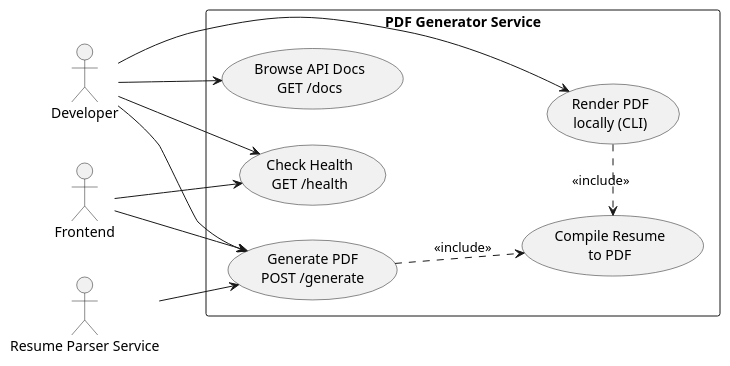
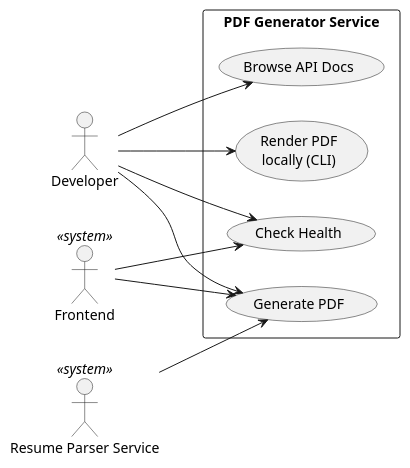
Before and after one commit to GetJobAI/pdf-generator: the diagram in docs/diagrams/usecase.puml, drawn with PlantUML. The commit also changed 9 other files, not shown here.

Commit message:
improve diagrams

```diff
--- a/docs/diagrams/usecase.puml
+++ b/docs/diagrams/usecase.puml
@@ -1,30 +1,26 @@
 @startuml usecase
 left to right direction
 skinparam actorStyle stick
 skinparam packageStyle rectangle
 skinparam shadowing false
 actor "Developer" as Dev
-actor "Frontend" as Frontend
-actor "Resume Parser Service" as Parser
+actor "Frontend" <<system>> as Frontend
+actor "Resume Parser Service" <<system>> as Parser
 
 rectangle "PDF Generator Service" {
-    usecase "Generate PDF\nPOST /generate" as UC_Generate
-    usecase "Check Health\nGET /health" as UC_Health
-    usecase "Browse API Docs\nGET /docs" as UC_Docs
+    usecase "Generate PDF" as UC_Generate
+    usecase "Check Health" as UC_Health
+    usecase "Browse API Docs" as UC_Docs
     usecase "Render PDF\nlocally (CLI)" as UC_CLI
-    usecase "Compile Resume\nto PDF" as UC_Compile
 }
 
+Dev -> UC_Docs
+Dev -> UC_CLI
 Dev --> UC_Generate
 Dev --> UC_Health
-Dev --> UC_Docs
-Dev --> UC_CLI
 
 Frontend --> UC_Generate
 Frontend --> UC_Health
 
 Parser --> UC_Generate
-
-UC_Generate ..> UC_Compile : <<include>>
-UC_CLI .> UC_Compile : <<include>>
 @enduml
```
